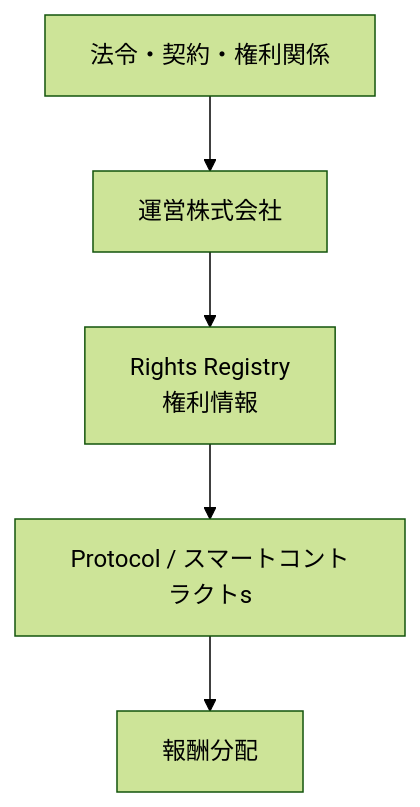
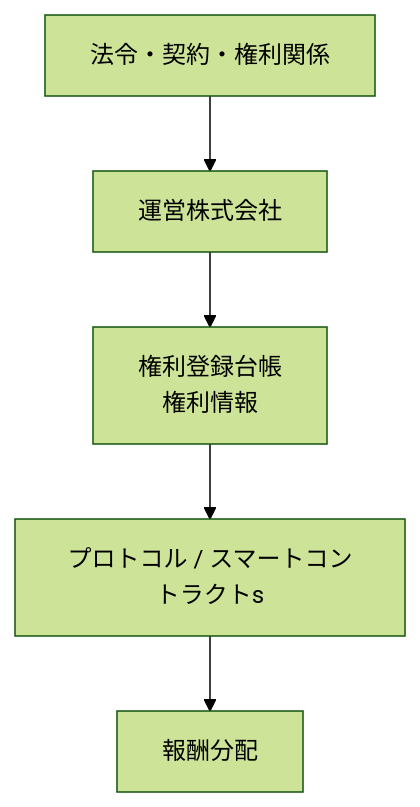
One commit to ShigeichiroYamasaki/creator-first-platform changed the first of 17 diagrams in docs/whitepaper/03-rights-and-money.md. Above: the diagram before and after it, drawn with Mermaid (forest theme). The commit also changed other lines of this file and 72 other files, not shown here.

````diff
--- a/docs/whitepaper/03-rights-and-money.md
+++ b/docs/whitepaper/03-rights-and-money.md
@@ -19,7 +19,7 @@
 ```mermaid
 flowchart TD
     LAW[法令・契約・権利関係] --> CORP[運営株式会社]
-    CORP --> REG[Rights Registry<br/>権利情報]
-    REG --> PROTO[Protocol / スマートコントラクトs]
+    CORP --> REG[権利登録台帳<br/>権利情報]
+    REG --> PROTO[プロトコル / スマートコントラクトs]
     PROTO --> PAY[報酬分配]
 ```
````
